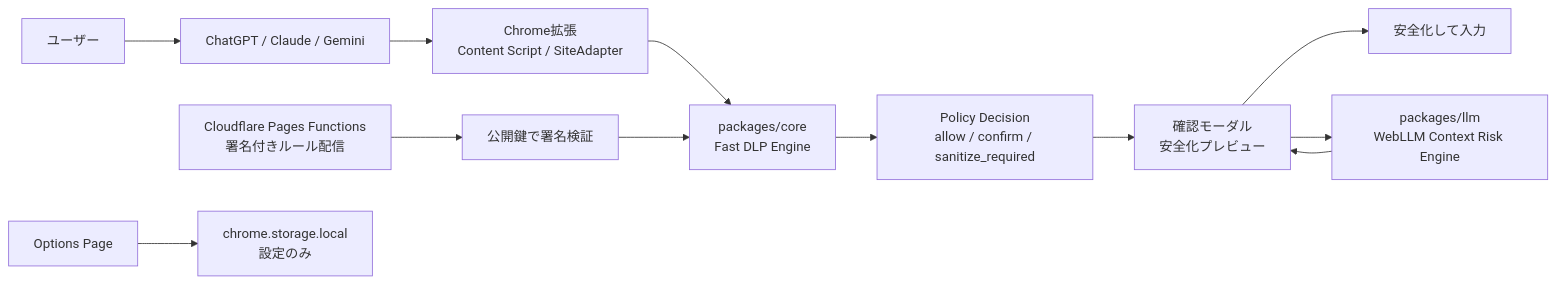
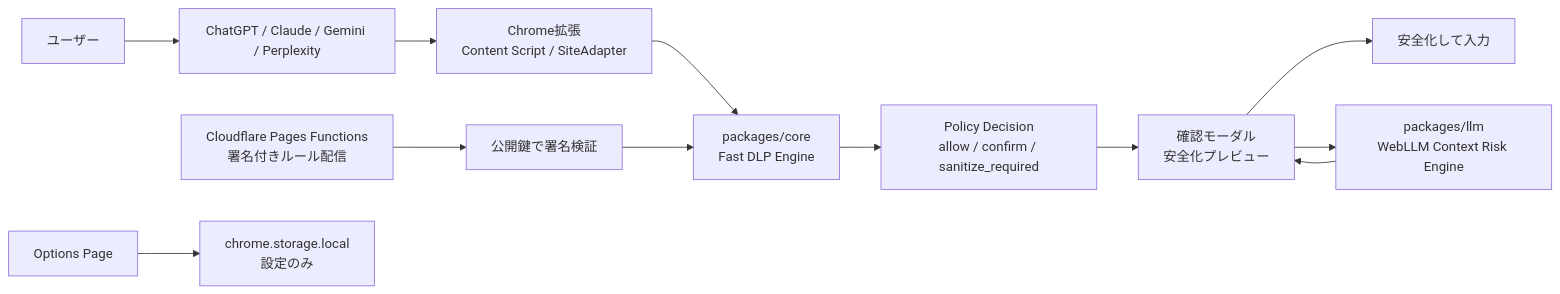
Before and after one commit to shunya-mabuchi/harumae: the first of 2 diagrams in docs/portfolio-case-study.md, drawn with Mermaid. The commit also changed other lines of this file and 27 other files, not shown here.

````diff
--- a/docs/portfolio-case-study.md
+++ b/docs/portfolio-case-study.md
@@ -45,14 +45,14 @@
 ```mermaid
 flowchart LR
-  User["ユーザー"] --> Site["ChatGPT / Claude / Gemini"]
+  User["ユーザー"] --> Site["ChatGPT / Claude / Gemini / Perplexity"]
   Site --> Extension["Chrome拡張\nContent Script / SiteAdapter"]
   Extension --> Core["packages/core\nFast DLP Engine"]
   Core --> Policy["Policy Decision\nallow / confirm / sanitize_required"]
   Policy --> Modal["確認モーダル\n安全化プレビュー"]
   Modal --> Insert["安全化して入力"]
   Modal --> LLM["packages/llm\nWebLLM Context Risk Engine"]
   LLM --> Modal
   Rules["Cloudflare Pages Functions\n署名付きルール配信"] --> Verify["公開鍵で署名検証"]
   Verify --> Core
   Options["Options Page"] --> Storage["chrome.storage.local\n設定のみ"]
 ```
````
